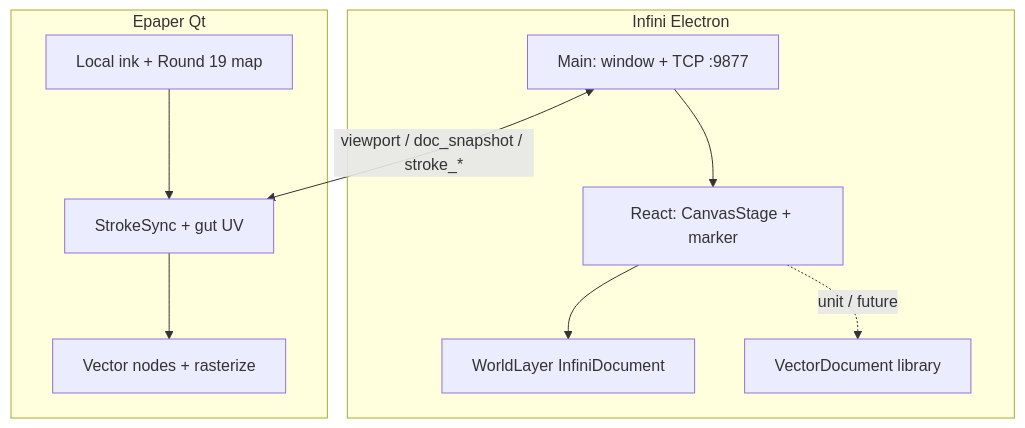
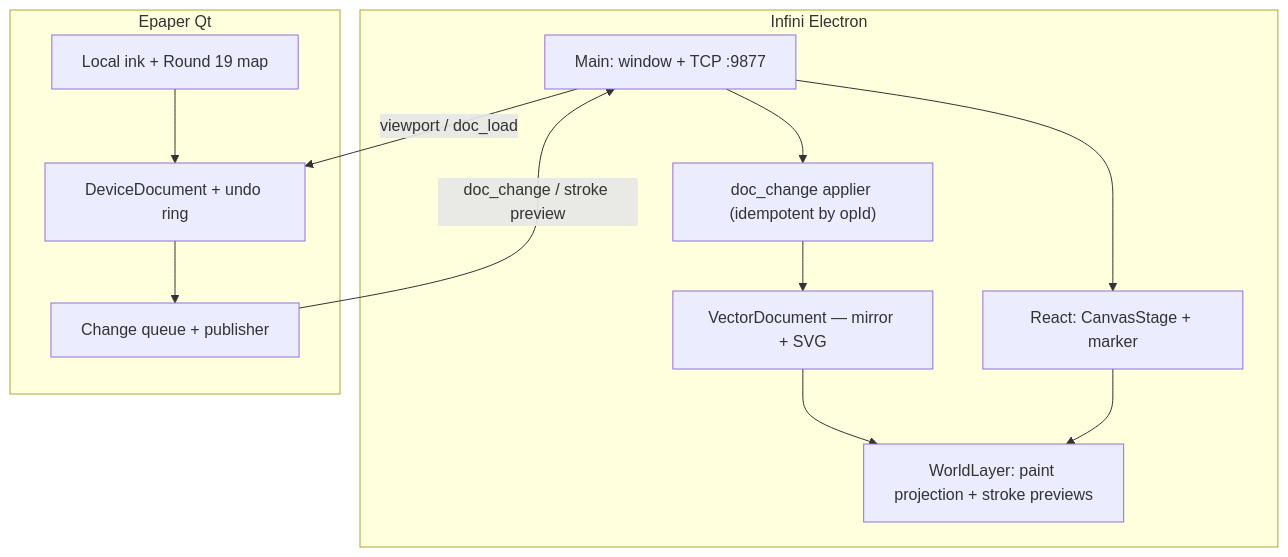
Before and after one commit to hoaidv/reawa: the second of 2 diagrams in .docs/modules/infini/architecture.md, drawn with Mermaid. The commit also changed other lines of this file and 73 other files, not shown here.

Commit message:
Rebuild PRD, Architect of SmartGroup

````diff
--- a/.docs/modules/infini/architecture.md
+++ b/.docs/modules/infini/architecture.md
@@ -64,20 +81,24 @@
 ```mermaid
 flowchart TB
   subgraph desktop["Infini Electron"]
     main["Main: window + TCP :9877"]
     ui["React: CanvasStage + marker"]
-    world["WorldLayer InfiniDocument"]
-    tree["VectorDocument library"]
+    applier["doc_change applier (idempotent by opId)"]
+    tree["VectorDocument — mirror + SVG"]
+    world["WorldLayer: paint projection + stroke previews"]
     main --> ui
+    main --> applier
+    applier --> tree
+    tree --> world
     ui --> world
-    ui -.->|"unit / future"| tree
   end
   subgraph device["Epaper Qt"]
     ink["Local ink + Round 19 map"]
-    sync["StrokeSync + gut UV"]
-    vec["Vector nodes + rasterize"]
-    ink --> sync
-    sync --> vec
+    doc["DeviceDocument + undo ring"]
+    pub["Change queue + publisher"]
+    ink --> doc
+    doc --> pub
   end
-  main <-->|"viewport / doc_snapshot / stroke_*"| sync
+  pub -->|"doc_change / stroke preview"| main
+  main -->|"viewport / doc_load"| doc
 ```
````
